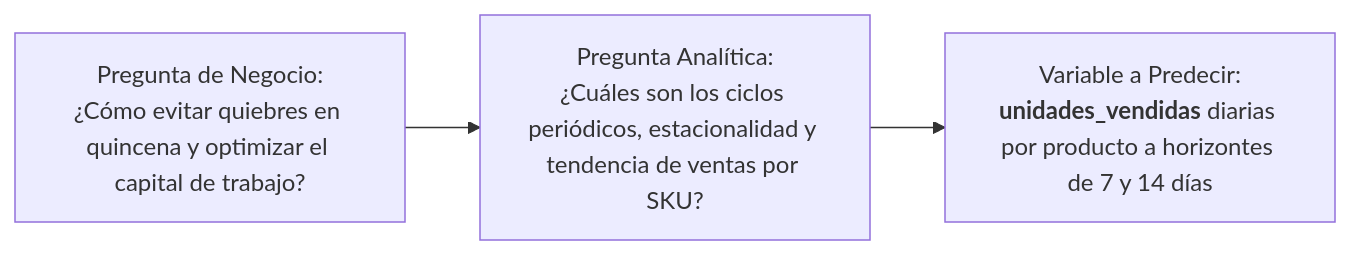
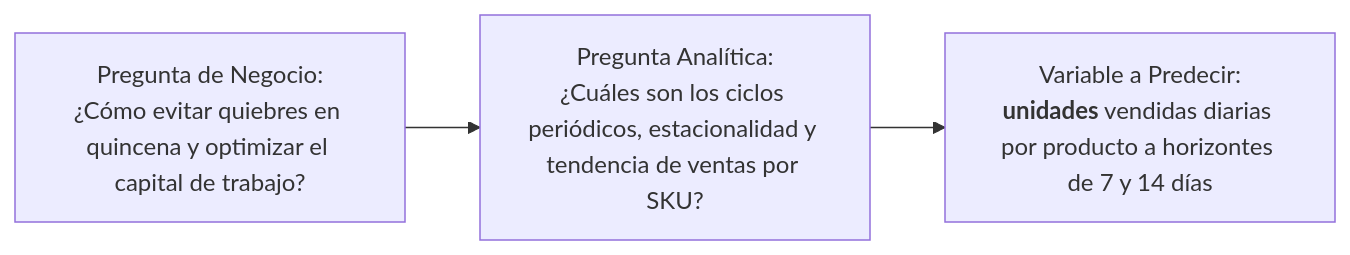
One commit to Benjamin-Benoni-Santos-Ojeda/data-startup-plastiktrack changed the diagram in docs/E0-propuesta.md. Above: the diagram before and after it, drawn with Mermaid. The commit also changed other lines of this file and 12 other files, not shown here.

````diff
--- a/docs/E0-propuesta.md
+++ b/docs/E0-propuesta.md
@@ -70,5 +70,5 @@
 ```mermaid
 flowchart LR
     A["Pregunta de Negocio:<br>¿Cómo evitar quiebres en quincena y optimizar el capital de trabajo?"] --> B["Pregunta Analítica:<br>¿Cuáles son los ciclos periódicos, estacionalidad y tendencia de ventas por SKU?"]
-    B --> C["Variable a Predecir:<br><b>unidades_vendidas</b> diarias por producto a horizontes de 7 y 14 días"]
+    B --> C["Variable a Predecir:<br><b>unidades</b> vendidas diarias por producto a horizontes de 7 y 14 días"]
 ```
````
